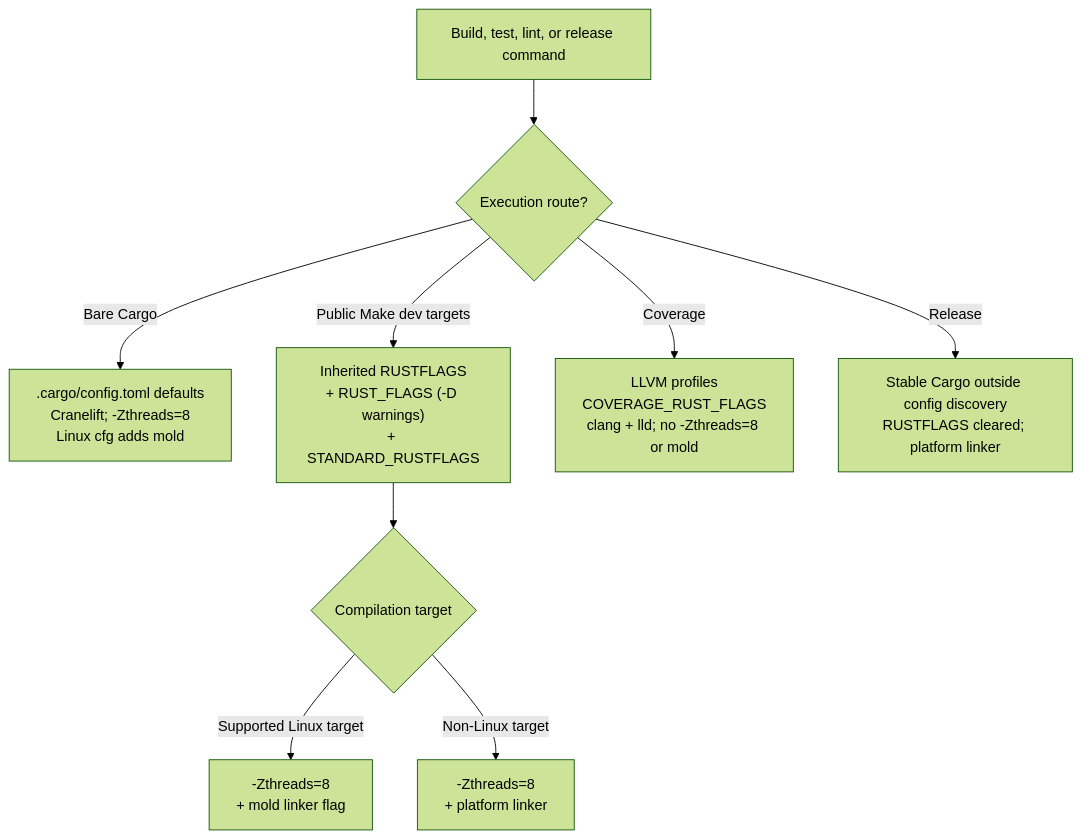
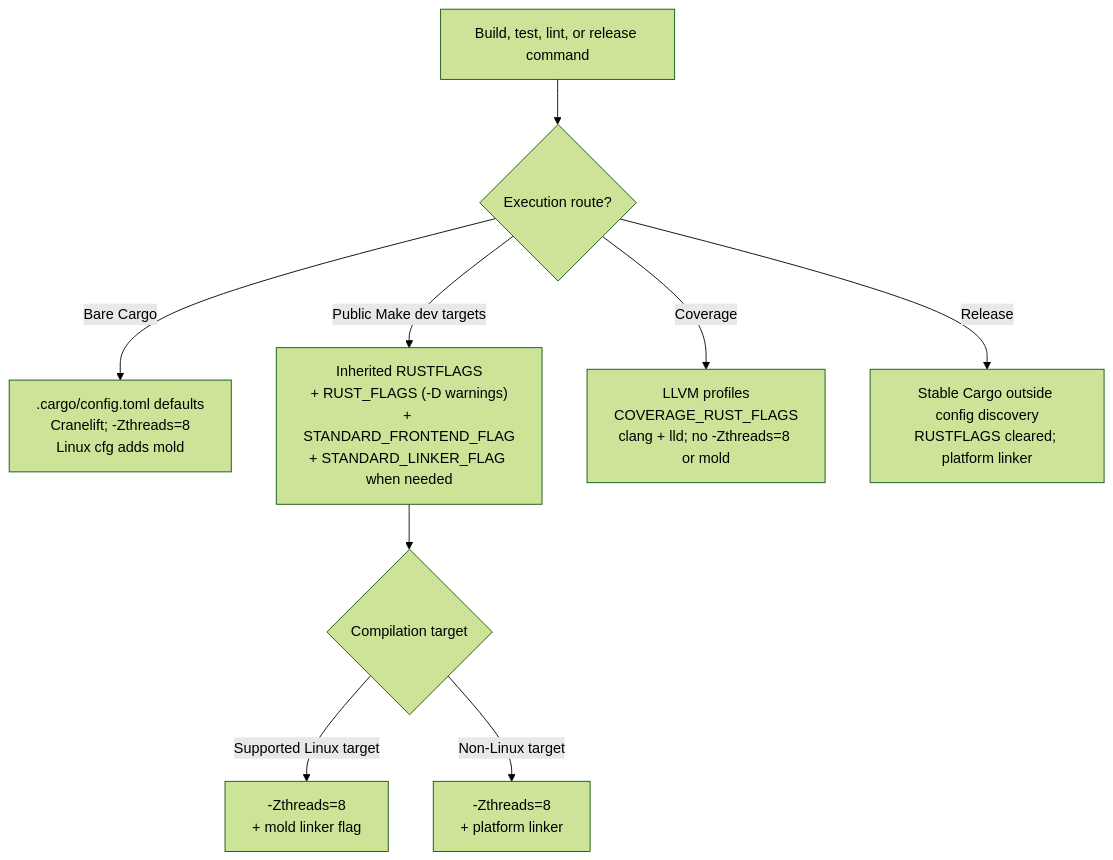
One commit to leynos/cabochon changed the diagram in docs/developers-guide.md. Above: the diagram before and after it, drawn with Mermaid (forest theme). The commit also changed other lines of this file, not shown here.

Commit message:
Describe the named fast-flag variables in the developers' guide

````diff
--- a/docs/developers-guide.md
+++ b/docs/developers-guide.md
@@ -226,11 +232,11 @@
 ```mermaid
 flowchart TD
     start["Build, test, lint, or release command"] --> route{"Execution route?"}
     route -->|"Bare Cargo"| config[".cargo/config.toml defaults<br/>Cranelift; -Zthreads=8<br/>Linux cfg adds mold"]
-    route -->|"Public Make dev targets"| compose["Inherited RUSTFLAGS<br/>+ RUST_FLAGS (-D warnings)<br/>+ STANDARD_RUSTFLAGS"]
+    route -->|"Public Make dev targets"| compose["Inherited RUSTFLAGS<br/>+ RUST_FLAGS (-D warnings)<br/>+ STANDARD_FRONTEND_FLAG<br/>+ STANDARD_LINKER_FLAG when needed"]
     compose --> target{"Compilation target"}
     target -->|"Supported Linux target"| mold["-Zthreads=8<br/>+ mold linker flag"]
     target -->|"Non-Linux target"| platform["-Zthreads=8<br/>+ platform linker"]
     route -->|"Coverage"| cov["LLVM profiles<br/>COVERAGE_RUST_FLAGS<br/>clang + lld; no -Zthreads=8 or mold"]
     route -->|"Release"| stable["Stable Cargo outside config discovery<br/>RUSTFLAGS cleared; platform linker"]
 ```
````
